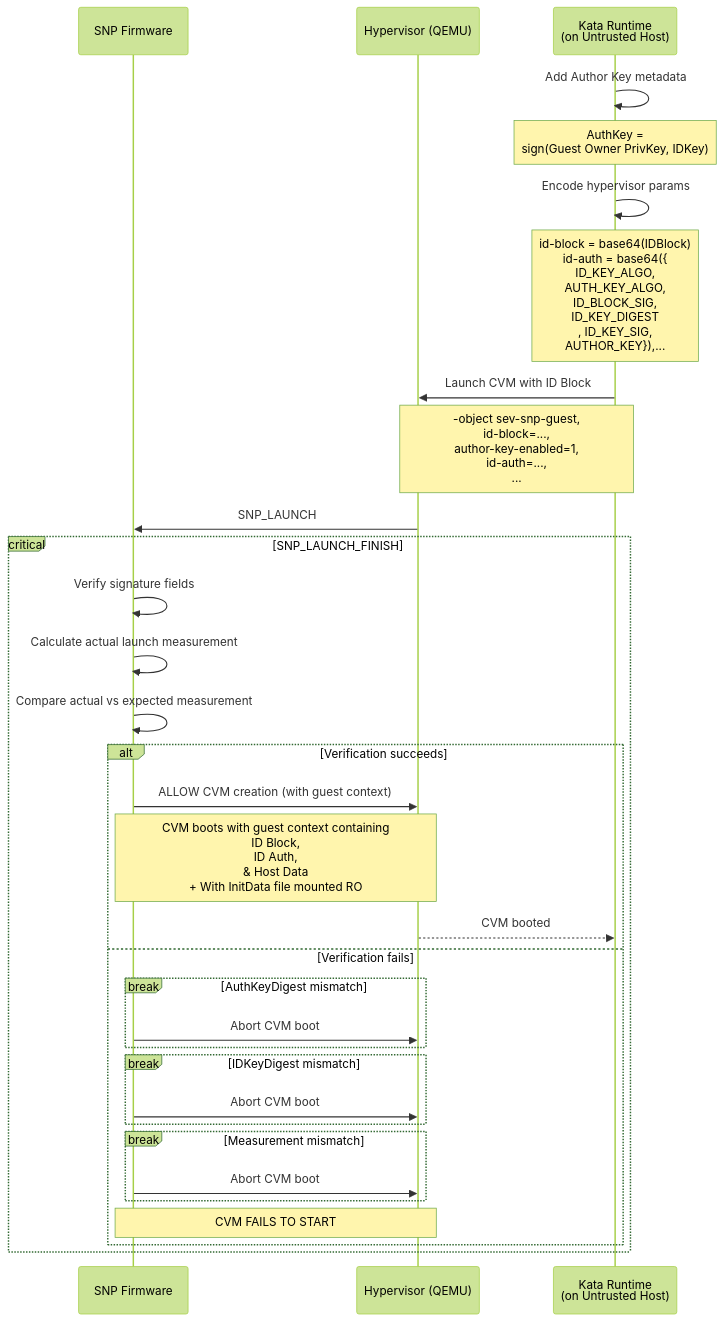
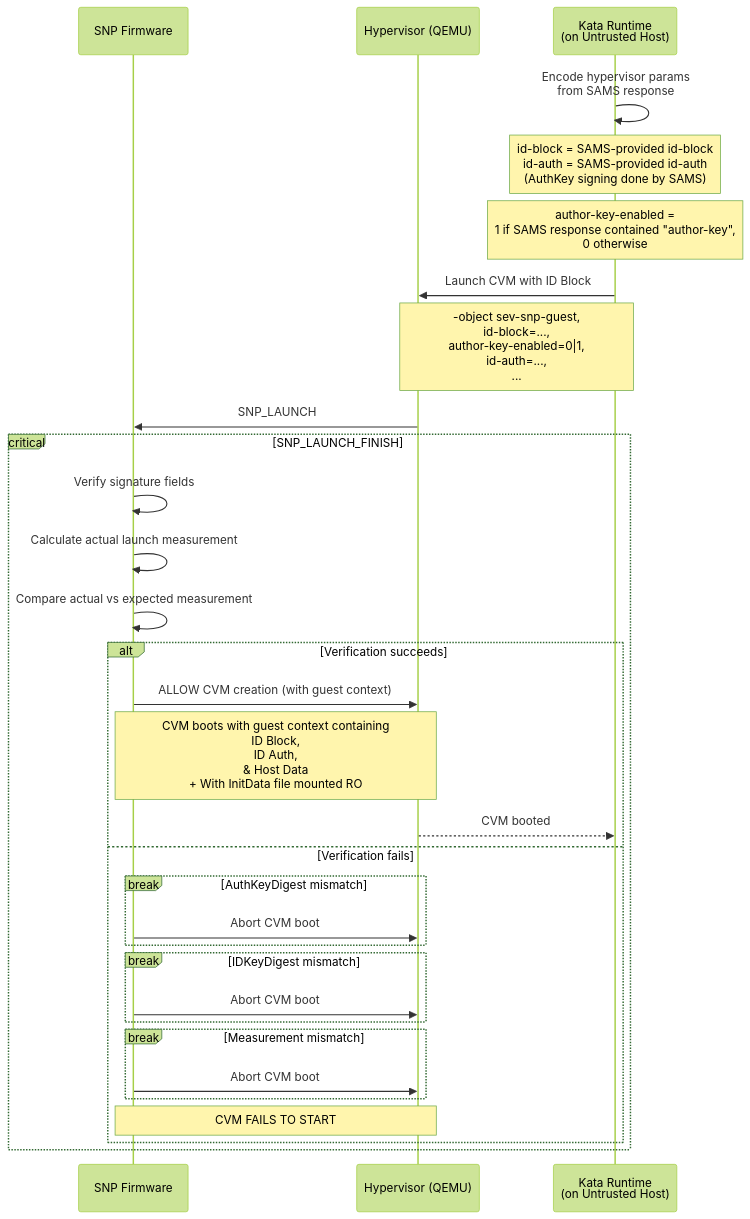
One commit to amd-cmaxwell/trustee changed the third of 6 diagrams in kbs/src/plugins/implementations/sams/README.md. Above: the diagram before and after it, drawn with Mermaid (forest theme). The commit also changed other lines of this file, not shown here.

First line of the commit message:
kbs: align SAMS README with design addenda

````diff
--- a/kbs/src/plugins/implementations/sams/README.md
+++ b/kbs/src/plugins/implementations/sams/README.md
@@ -160,39 +261,37 @@
 ```mermaid
 sequenceDiagram
     participant fw as SNP Firmware
     participant hv as Hypervisor (QEMU)
     participant kata_runtime as Kata Runtime<br>(on Untrusted Host)
 
-    kata_runtime ->> kata_runtime: Add Author Key metadata
-    note over kata_runtime: AuthKey = <br>sign(Guest Owner PrivKey, IDKey)
-
-    kata_runtime ->> kata_runtime: Encode hypervisor params
-    note over kata_runtime: id-block = base64(IDBlock)<br>id-auth = base64({<br>ID_KEY_ALGO,<br>AUTH_KEY_ALGO, <br>ID_BLOCK_SIG,<br>ID_KEY_DIGEST<br>, ID_KEY_SIG,<br> AUTHOR_KEY}),...
+    kata_runtime ->> kata_runtime: Encode hypervisor params<br>from SAMS response
+    note over kata_runtime: id-block = SAMS-provided id-block<br>id-auth = SAMS-provided id-auth<br>(AuthKey signing done by SAMS)
+    note over kata_runtime: author-key-enabled =<br>1 if SAMS response contained "author-key",<br>0 otherwise
 
     kata_runtime ->> hv: Launch CVM with ID Block
-    note over kata_runtime, hv: -object sev-snp-guest,<br>id-block=...,<br>author-key-enabled=1,<br>id-auth=...,<br>...
+    note over kata_runtime, hv: -object sev-snp-guest,<br>id-block=...,<br>author-key-enabled=0|1,<br>id-auth=...,<br>...
     hv ->> fw: SNP_LAUNCH
 
     critical SNP_LAUNCH_FINISH
         fw ->> fw: Verify signature fields
         fw ->> fw: Calculate actual launch measurement
         fw ->> fw: Compare actual vs expected measurement
 
         alt Verification succeeds
             fw ->> hv: ALLOW CVM creation (with guest context)
             note over fw, hv: CVM boots with guest context containing<br> ID Block,<br> ID Auth,<br>& Host Data <br> + With InitData file mounted RO
             hv -->> kata_runtime: CVM booted
         else Verification fails
             break AuthKeyDigest mismatch
                 fw ->> hv: Abort CVM boot
             end
             break IDKeyDigest mismatch
                 fw ->> hv: Abort CVM boot
             end
             break Measurement mismatch
                 fw ->> hv: Abort CVM boot
             end
             note over fw, hv: CVM FAILS TO START
         end
     end
 ```
````
